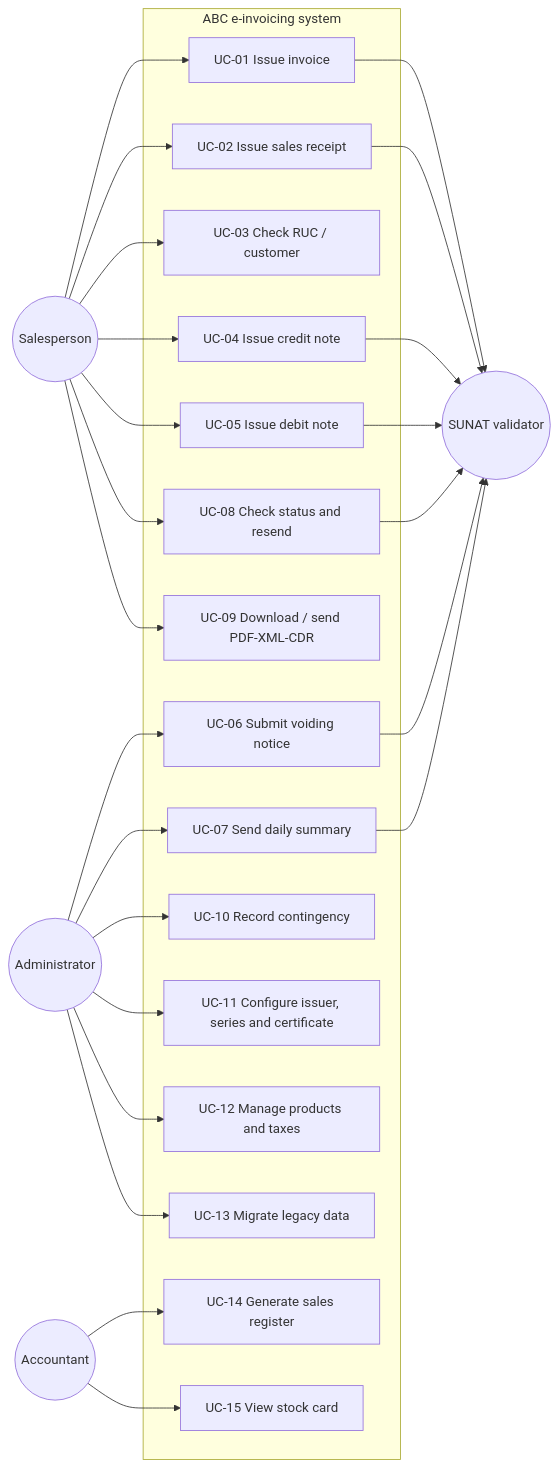
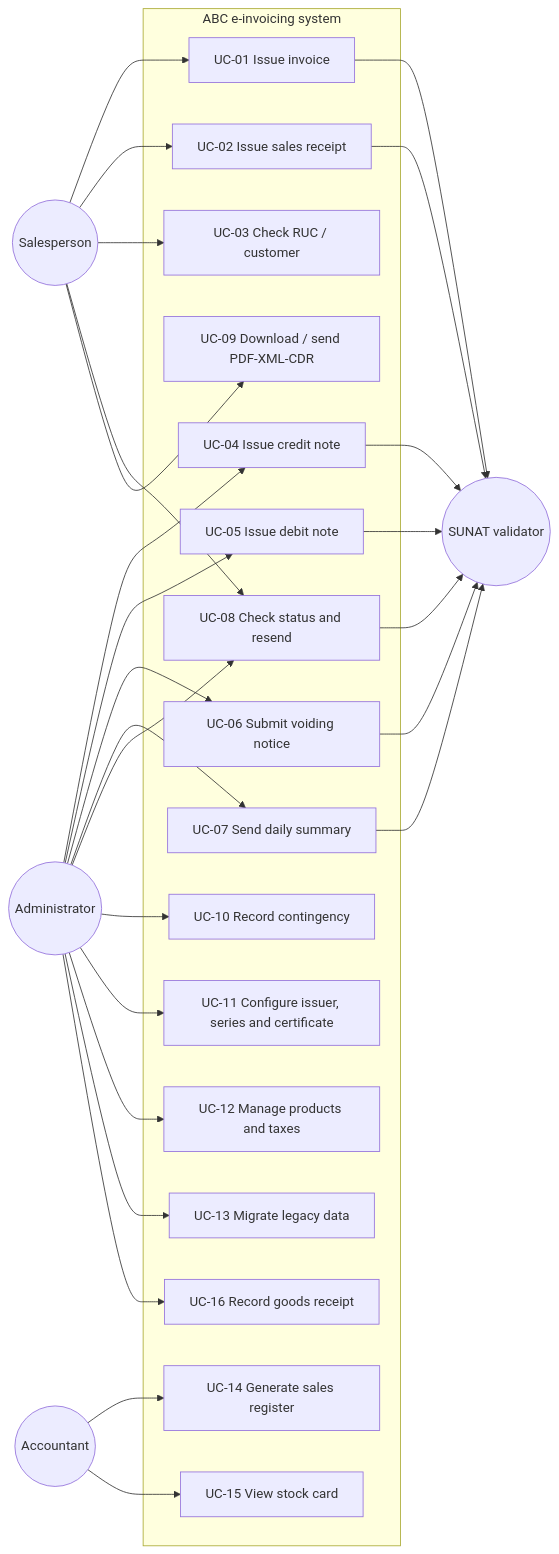
One commit to juan745Guevara/Medio-curso-Hubel changed the diagram in specs/use-cases/use-cases.md. Above: the diagram before and after it, drawn with Mermaid. The commit also changed other lines of this file and 30 other files, not shown here.

````diff
--- a/specs/use-cases/use-cases.md
+++ b/specs/use-cases/use-cases.md
@@ -7,28 +7,29 @@
 ```mermaid
 flowchart LR
   V((Salesperson))
   A((Administrator))
   C((Accountant))
   S((SUNAT validator))
   subgraph ABC e-invoicing system
     UC01[UC-01 Issue invoice]
     UC02[UC-02 Issue sales receipt]
     UC03[UC-03 Check RUC / customer]
     UC04[UC-04 Issue credit note]
     UC05[UC-05 Issue debit note]
     UC06[UC-06 Submit voiding notice]
     UC07[UC-07 Send daily summary]
     UC08[UC-08 Check status and resend]
     UC09[UC-09 Download / send PDF-XML-CDR]
     UC10[UC-10 Record contingency]
     UC11[UC-11 Configure issuer, series and certificate]
     UC12[UC-12 Manage products and taxes]
     UC13[UC-13 Migrate legacy data]
     UC14[UC-14 Generate sales register]
     UC15[UC-15 View stock card]
+    UC16[UC-16 Record goods receipt]
   end
-  V --> UC01 & UC02 & UC03 & UC04 & UC05 & UC08 & UC09
-  A --> UC06 & UC07 & UC10 & UC11 & UC12 & UC13
+  V --> UC01 & UC02 & UC03 & UC08 & UC09
+  A --> UC04 & UC05 & UC06 & UC07 & UC08 & UC10 & UC11 & UC12 & UC13 & UC16
   C --> UC14 & UC15
   UC01 & UC02 & UC04 & UC05 & UC06 & UC07 & UC08 --> S
 ```
````
